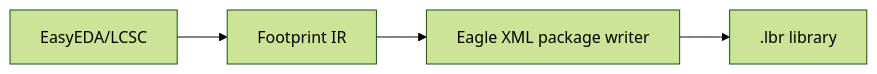
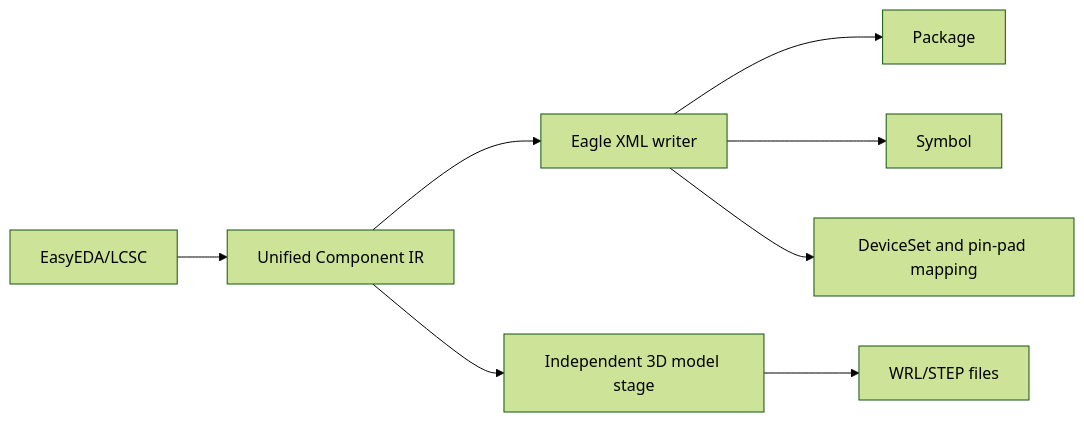
Before and after one commit to EasyKiconverter/EasyKiConverter: the diagram in docs/developer/EAGLE_EXPORT_en.md, drawn with Mermaid (forest theme). The commit also changed other lines of this file and 16 other files, not shown here.

First line of the commit message:
feat(eagle): 增加完整 XML 库导出

````diff
--- a/docs/developer/EAGLE_EXPORT_en.md
+++ b/docs/developer/EAGLE_EXPORT_en.md
@@ -5,6 +5,10 @@
 ```mermaid
 flowchart LR
-    Source[EasyEDA/LCSC] --> IR[Footprint IR]
-    IR --> Writer[Eagle XML package writer]
-    Writer --> Library[.lbr library]
+    Source[EasyEDA/LCSC] --> ComponentIR[Unified Component IR]
+    ComponentIR --> XML[Eagle XML writer]
+    XML --> Package[Package]
+    XML --> Symbol[Symbol]
+    XML --> DeviceSet[DeviceSet and pin-pad mapping]
+    ComponentIR --> ModelStage[Independent 3D model stage]
+    ModelStage --> Models[WRL/STEP files]
 ```
````
